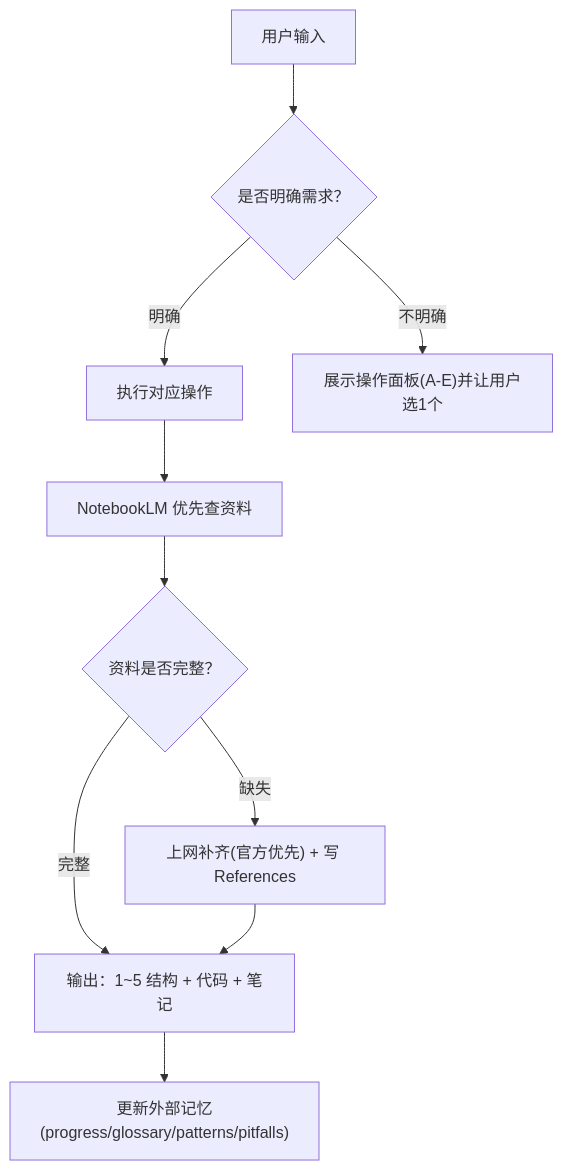
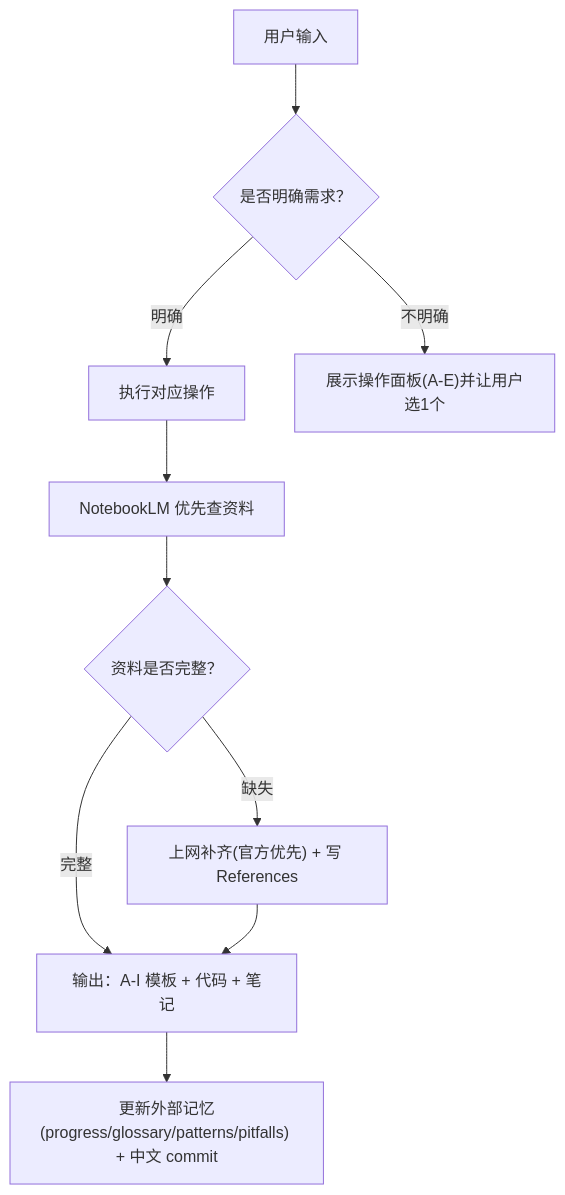
The diagram in go-fullstack-coach/SKILL.md (zhao5271/go-study), drawn with Mermaid before and after one commit. The commit also changed other lines of this file, not shown here.

````diff
--- a/go-fullstack-coach/SKILL.md
+++ b/go-fullstack-coach/SKILL.md
@@ -53,12 +89,12 @@
 ```mermaid
 flowchart TD
   U["用户输入"] --> C{"是否明确需求？"}
   C -- "明确" --> R["执行对应操作"]
   C -- "不明确" --> M["展示操作面板(A-E)并让用户选1个"]
   R --> S["NotebookLM 优先查资料"]
   S --> K{"资料是否完整？"}
-  K -- "完整" --> O["输出：1~5 结构 + 代码 + 笔记"]
+  K -- "完整" --> O["输出：A-I 模板 + 代码 + 笔记"]
   K -- "缺失" --> W["上网补齐(官方优先) + 写 References"]
   W --> O
-  O --> P["更新外部记忆(progress/glossary/patterns/pitfalls)"]
+  O --> P["更新外部记忆(progress/glossary/patterns/pitfalls) + 中文 commit"]
 ```
````
